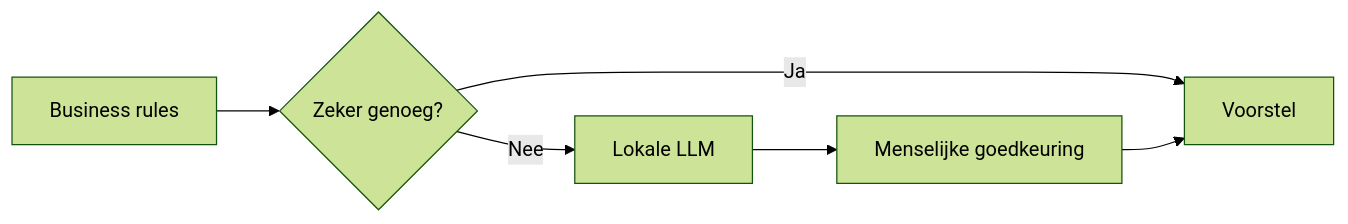
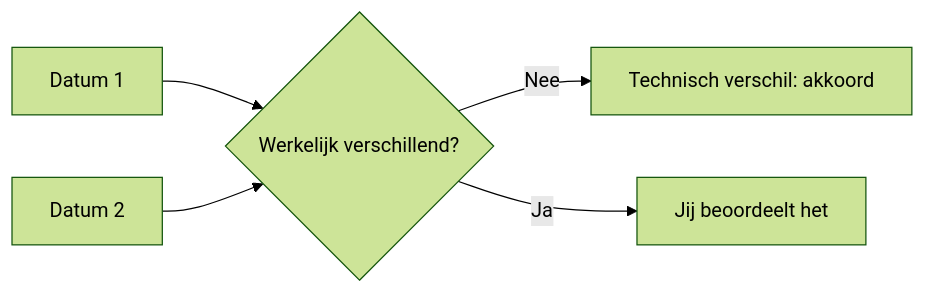
The fourth of 7 diagrams in docs/wiki/core-in-gewone-taal.md (hugcoding/core-platform), drawn with Mermaid (forest theme) before and after one commit. The commit also changed other lines of this file, not shown here.

````diff
--- a/docs/wiki/core-in-gewone-taal.md
+++ b/docs/wiki/core-in-gewone-taal.md
@@ -106,8 +70,7 @@
 ```mermaid
 flowchart LR
-    A["Business rules"] --> B{"Zeker genoeg?"}
-    B -->|Ja| C["Voorstel"]
-    B -->|Nee| D["Lokale LLM"]
-    D --> E["Menselijke goedkeuring"]
-    E --> C
+    A["Datum 1"] --> C{"Werkelijk verschillend?"}
+    B["Datum 2"] --> C
+    C -->|Nee| D["Technisch verschil: akkoord"]
+    C -->|Ja| E["Jij beoordeelt het"]
 ```
````
